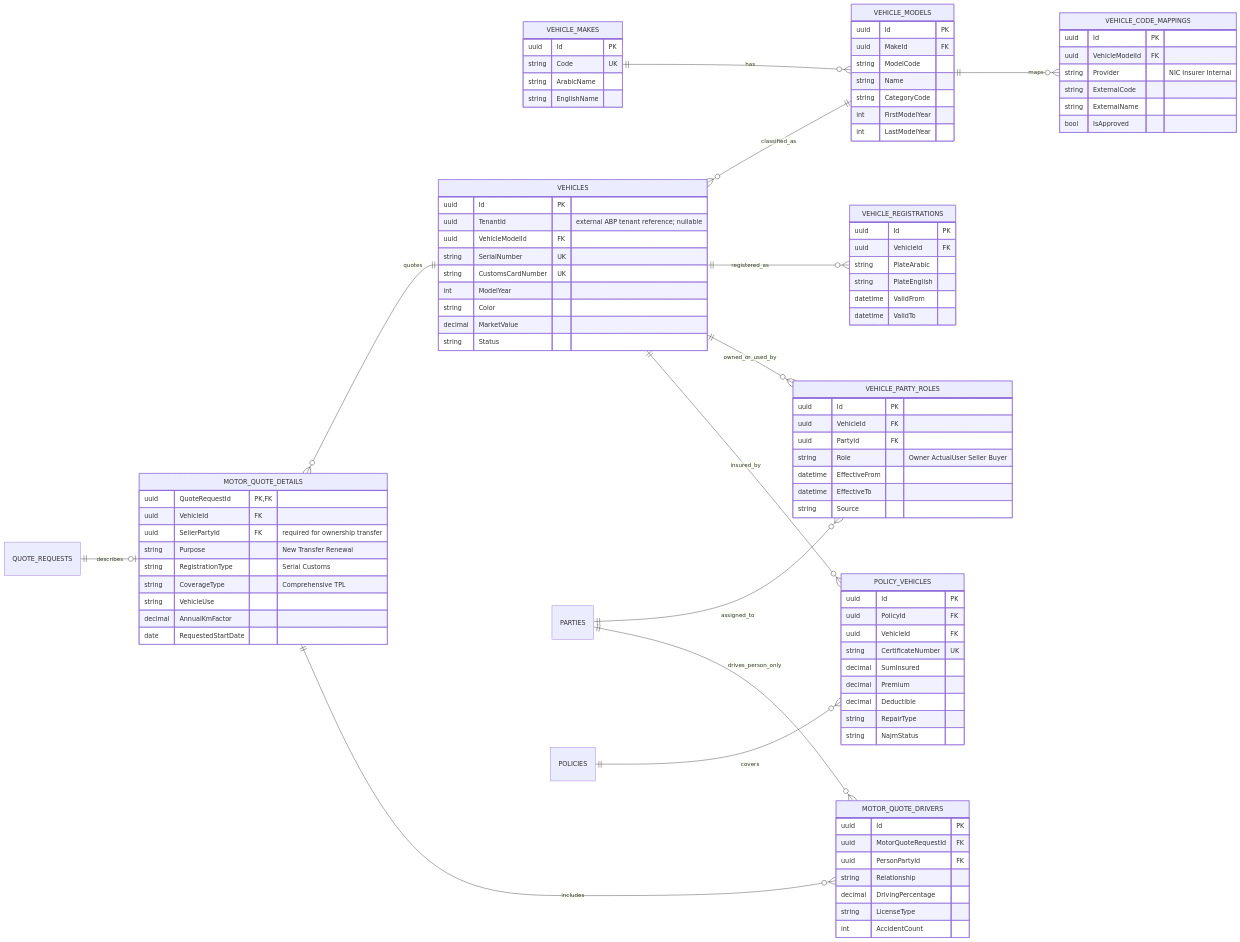
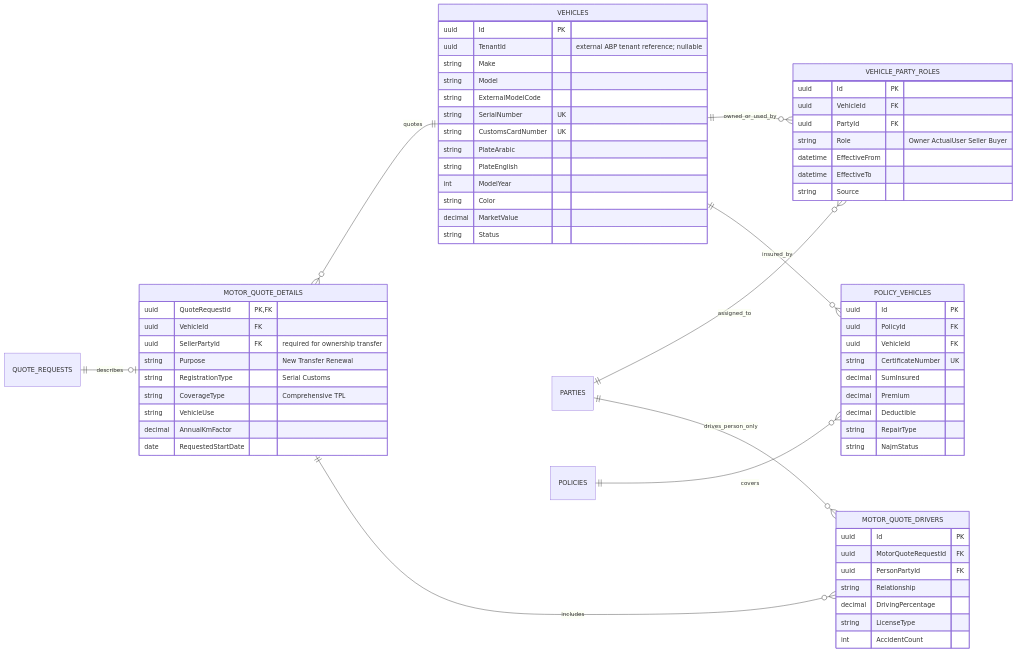
One commit to mahshokral7osam/Thiqatak_UI changed the fourth of 7 diagrams in docs/Thiqatak.Business-ERD.md. Above: the diagram before and after it, drawn with Mermaid. The commit also changed other lines of this file and 1 other file, not shown here.

Commit message:
Simplify ERD to essential business entities

````diff
--- a/docs/Thiqatak.Business-ERD.md
+++ b/docs/Thiqatak.Business-ERD.md
@@ -461,10 +385,6 @@
 ```mermaid
 erDiagram
     direction LR
-    VEHICLE_MAKES ||--o{ VEHICLE_MODELS : has
-    VEHICLE_MODELS ||--o{ VEHICLE_CODE_MAPPINGS : maps
-    VEHICLES }o--|| VEHICLE_MODELS : classified_as
-    VEHICLES ||--o{ VEHICLE_REGISTRATIONS : registered_as
     VEHICLES ||--o{ VEHICLE_PARTY_ROLES : owned_or_used_by
     PARTIES ||--o{ VEHICLE_PARTY_ROLES : assigned_to
     QUOTE_REQUESTS ||--o| MOTOR_QUOTE_DETAILS : describes
@@ -474,47 +394,20 @@
     POLICIES ||--o{ POLICY_VEHICLES : covers
     VEHICLES ||--o{ POLICY_VEHICLES : insured_by
 
-    VEHICLE_MAKES {
-        uuid Id PK
-        string Code UK
-        string ArabicName
-        string EnglishName
-    }
-    VEHICLE_MODELS {
-        uuid Id PK
-        uuid MakeId FK
-        string ModelCode
-        string Name
-        string CategoryCode
-        int FirstModelYear
-        int LastModelYear
-    }
-    VEHICLE_CODE_MAPPINGS {
-        uuid Id PK
-        uuid VehicleModelId FK
-        string Provider "NIC Insurer Internal"
-        string ExternalCode
-        string ExternalName
-        bool IsApproved
-    }
     VEHICLES {
         uuid Id PK
         uuid TenantId "external ABP tenant reference; nullable"
-        uuid VehicleModelId FK
+        string Make
+        string Model
+        string ExternalModelCode
         string SerialNumber UK
         string CustomsCardNumber UK
+        string PlateArabic
+        string PlateEnglish
         int ModelYear
         string Color
         decimal MarketValue
         string Status
-    }
-    VEHICLE_REGISTRATIONS {
-        uuid Id PK
-        uuid VehicleId FK
-        string PlateArabic
-        string PlateEnglish
-        datetime ValidFrom
-        datetime ValidTo
     }
     VEHICLE_PARTY_ROLES {
         uuid Id PK
````
